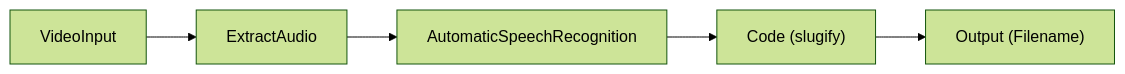
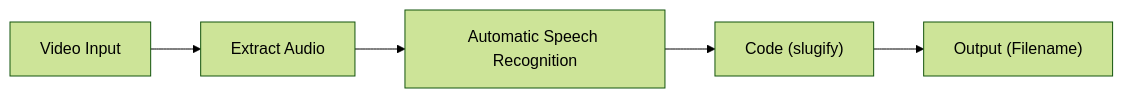
Before and after one commit to nodetool-ai/nodetool: the eighth of 8 diagrams in docs/cookbook/patterns.md, drawn with Mermaid (forest theme). The commit also changed other lines of this file and 2 other files, not shown here.

```diff
--- a/docs/cookbook/patterns.md
+++ b/docs/cookbook/patterns.md
@@ -350,9 +349,9 @@
 {% mermaid %}
 graph LR
-  clip["VideoInput"]
-  audio["ExtractAudio"]
-  asr["AutomaticSpeechRecognition"]
+  clip["Video Input"]
+  audio["Extract Audio"]
+  asr["Automatic Speech Recognition"]
   code["Code (slugify)"]
   out["Output (Filename)"]
   clip --> audio --> asr --> code --> out
 {% endmermaid %}
```
